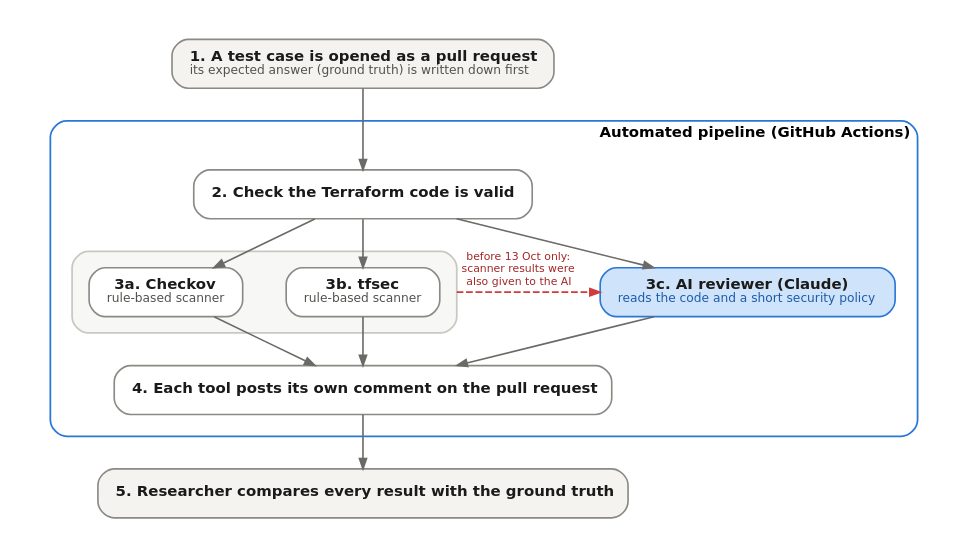
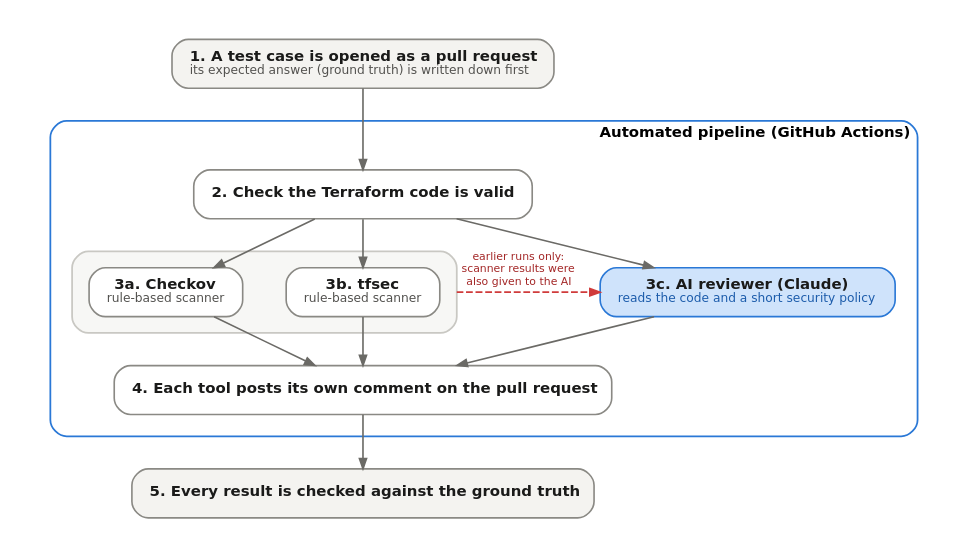
Before and after one commit to abdulwaheed384/ai-pr-review: the diagram in evidence/prom06/figures/fig_architecture.dot, drawn with Graphviz. The commit also changed 8 other files, not shown here.

```diff
--- a/evidence/prom06/figures/fig_architecture.dot
+++ b/evidence/prom06/figures/fig_architecture.dot
@@ -1,34 +1,34 @@
 digraph G {
   graph [rankdir=TB, fontname="DejaVu Sans", bgcolor="#ffffff", nodesep=0.45, ranksep=0.42, pad=0.3, compound=true, newrank=true];
   node  [shape=box, style="rounded,filled", fillcolor="#ffffff", color="#8a8984", penwidth=1.2, fontname="DejaVu Sans", fontsize=11, fontcolor="#1a1a19", margin="0.18,0.09"];
   edge  [color="#6b6a66", penwidth=1.2, arrowsize=0.75, fontname="DejaVu Sans", fontsize=9];
 
   pr [label=<<b>1. A test case is opened as a pull request</b><br/><font point-size="9" color="#52514e">its expected answer (ground truth) is written down first</font>>, fillcolor="#f4f3f0"];
 
   subgraph cluster_job {
     label=<<b>Automated pipeline (GitHub Actions)</b>>; labeljust="r"; fontsize=11; color="#2a78d6"; penwidth=1.3; style="rounded"; margin=16;
 
     tf [label=<<b>2. Check the Terraform code is valid</b>>];
 
     subgraph cluster_scan {
       label=""; 
       style="rounded,filled"; fillcolor="#f7f7f5"; color="#c9c8c3"; margin=12;
       ck [label=<<b>3a. Checkov</b><br/><font point-size="9" color="#52514e">rule-based scanner</font>>];
       ts [label=<<b>3b. tfsec</b><br/><font point-size="9" color="#52514e">rule-based scanner</font>>];
     }
 
     ai [label=<<b>3c. AI reviewer (Claude)</b><br/><font point-size="9" color="#1c5cab">reads the code and a short security policy</font>>, fillcolor="#cfe3fb", color="#2a78d6"];
 
     out [label=<<b>4. Each tool posts its own comment on the pull request</b>>];
 
     tf -> ck; tf -> ts; tf -> ai;
     ck -> out; ts -> out; ai -> out;
     ts -> ai [ltail=cluster_scan, style=dashed, color="#d03b3b", fontcolor="#a32626", constraint=false,
-              label=<<font point-size="8.5">before 13 Oct only:<br/>scanner results were<br/>also given to the AI</font>>];
+              label=<<font point-size="8.5">earlier runs only:<br/>scanner results were<br/>also given to the AI</font>>];
   }
 
-  gt [label=<<b>5. Researcher compares every result with the ground truth</b>>, fillcolor="#f4f3f0"];
+  gt [label=<<b>5. Every result is checked against the ground truth</b>>, fillcolor="#f4f3f0"];
 
   pr -> tf; out -> gt;
   {rank=same; ck; ts; ai;}
 }
```
